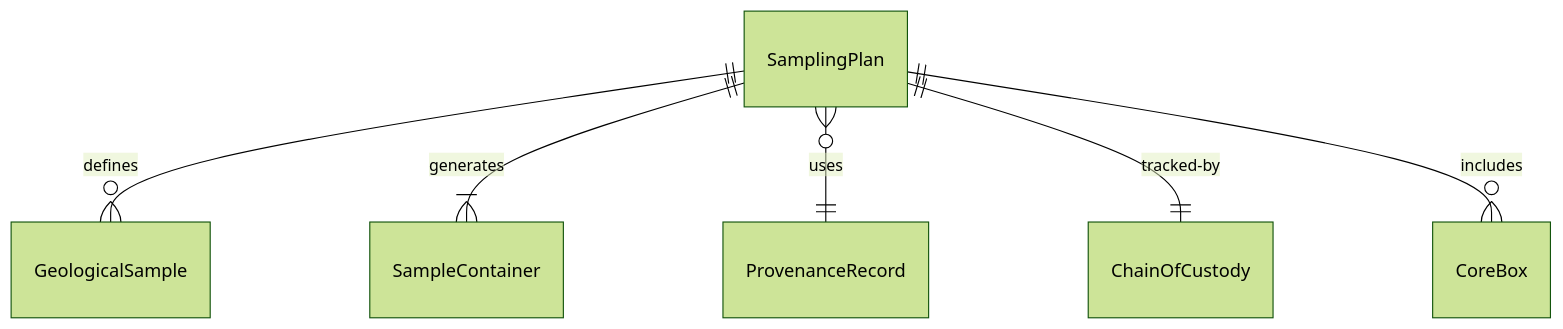
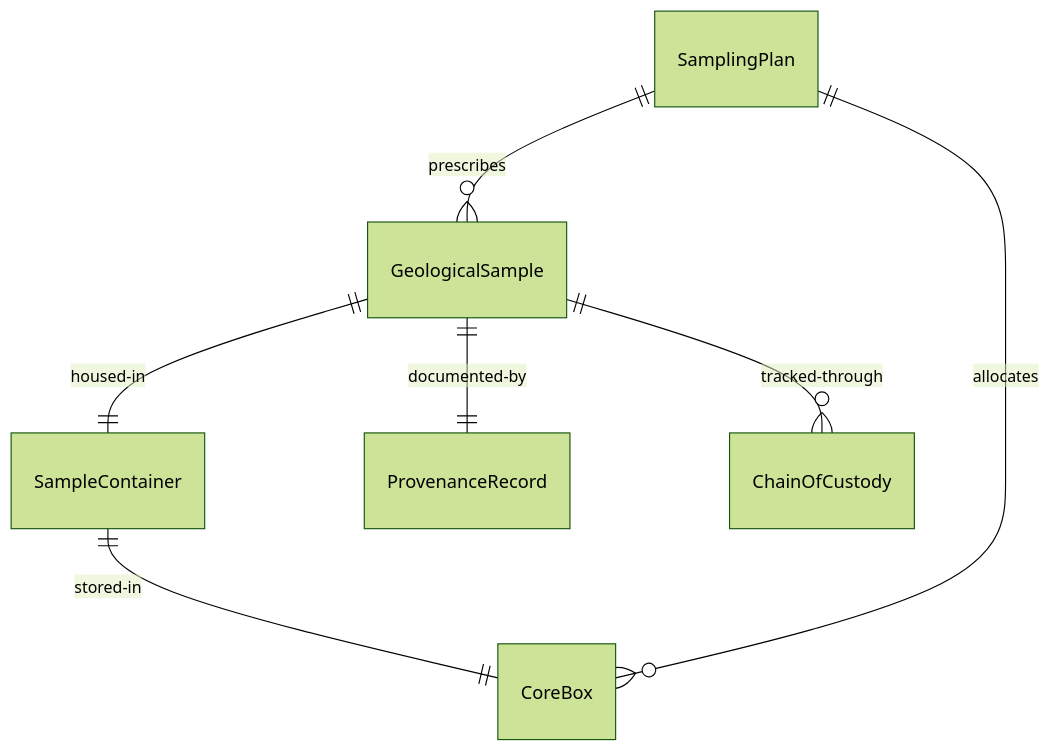
Before and after one commit to dot-org-ai/tasks.org.ai: the first of 4 diagrams in HandlingAndMovingObjects/CollectEnvironmentalOrBiologicalSamples/CollectGeologicalSamples.mdx, drawn with Mermaid (forest theme). The commit also changed other lines of this file and 515 other files, not shown here.

````diff
--- a/HandlingAndMovingObjects/CollectEnvironmentalOrBiologicalSamples/CollectGeologicalSamples.mdx
+++ b/HandlingAndMovingObjects/CollectEnvironmentalOrBiologicalSamples/CollectGeologicalSamples.mdx
@@ -87,8 +87,9 @@
 ```mermaid
 erDiagram
-    SamplingPlan ||--o{ GeologicalSample : "defines"
-    SamplingPlan ||--|{ SampleContainer : "generates"
-    SamplingPlan }o--|| ProvenanceRecord : "uses"
-    SamplingPlan ||--|| ChainOfCustody : "tracked-by"
-    SamplingPlan ||--o{ CoreBox : "includes"
+    SamplingPlan ||--o{ GeologicalSample : "prescribes"
+    GeologicalSample ||--|| SampleContainer : "housed-in"
+    GeologicalSample ||--|| ProvenanceRecord : "documented-by"
+    SampleContainer ||--|| CoreBox : "stored-in"
+    GeologicalSample ||--o{ ChainOfCustody : "tracked-through"
+    SamplingPlan ||--o{ CoreBox : "allocates"
 ```
````
